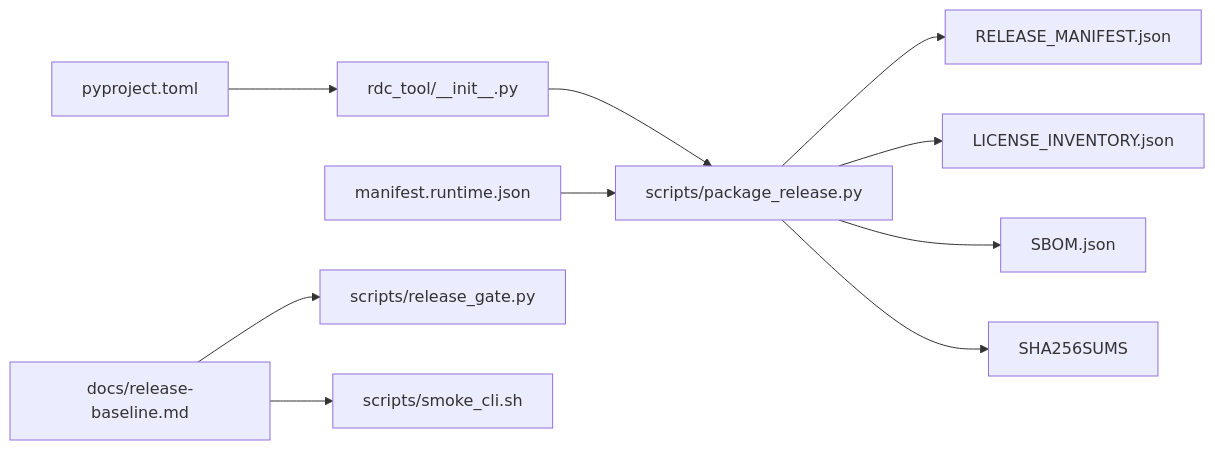
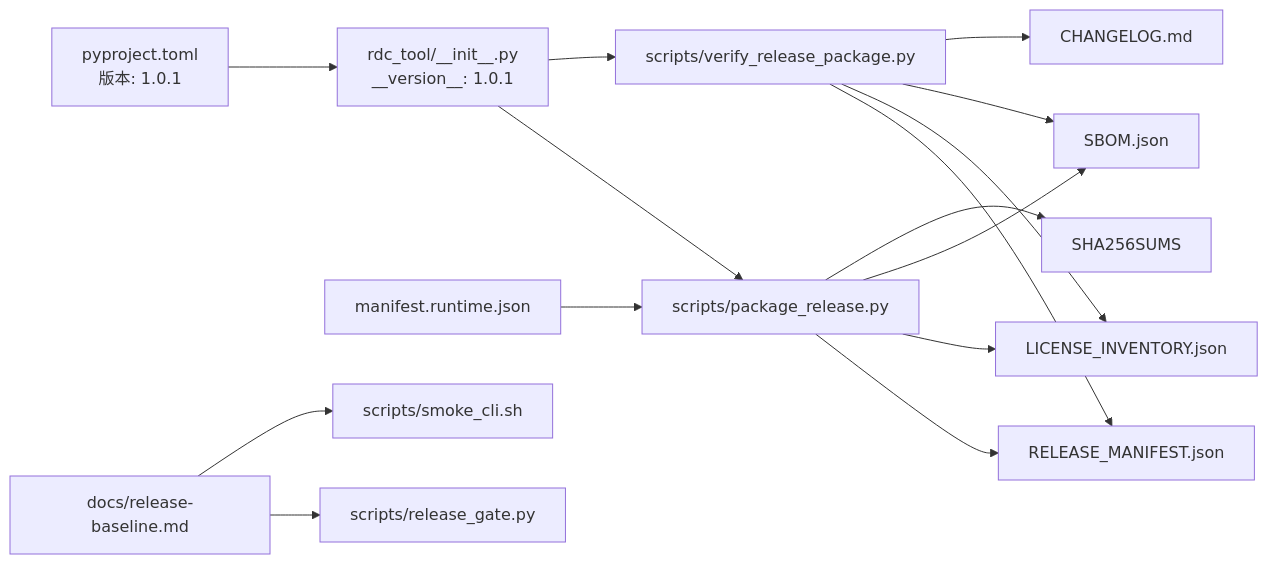
Before and after one commit to haolange/RDC-Tool: the fifth of 5 diagrams in .qoder/repowiki/zh/content/部署和发布/版本管理.md, drawn with Mermaid. The commit also changed other lines of this file and 53 other files, not shown here.

````diff
--- a/.qoder/repowiki/zh/content/部署和发布/版本管理.md
+++ b/.qoder/repowiki/zh/content/部署和发布/版本管理.md
@@ -281,12 +305,17 @@
 ```mermaid
 graph LR
-P["pyproject.toml"] --> V["rdc_tool/__init__.py"]
+P["pyproject.toml<br/>版本: 1.0.1"] --> V["rdc_tool/__init__.py<br/>__version__: 1.0.1"]
 V --> S["scripts/package_release.py"]
 S --> M["RELEASE_MANIFEST.json"]
 S --> L["LICENSE_INVENTORY.json"]
 S --> B["SBOM.json"]
 S --> C["SHA256SUMS"]
 R["manifest.runtime.json"] --> S
+V --> VER["scripts/verify_release_package.py"]
+VER --> M
+VER --> L
+VER --> B
+VER --> CL["CHANGELOG.md"]
 RB["docs/release-baseline.md"] --> G["scripts/release_gate.py"]
 RB --> SM["scripts/smoke_cli.sh"]
 ```
````
